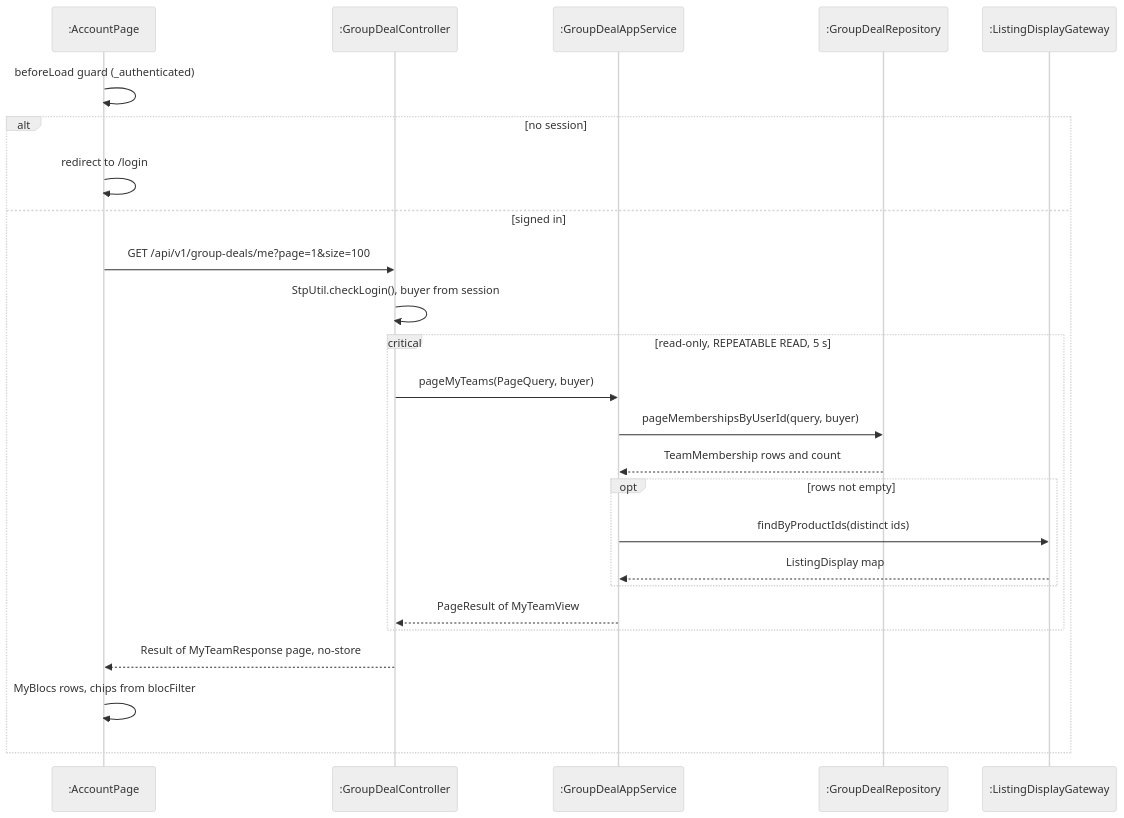
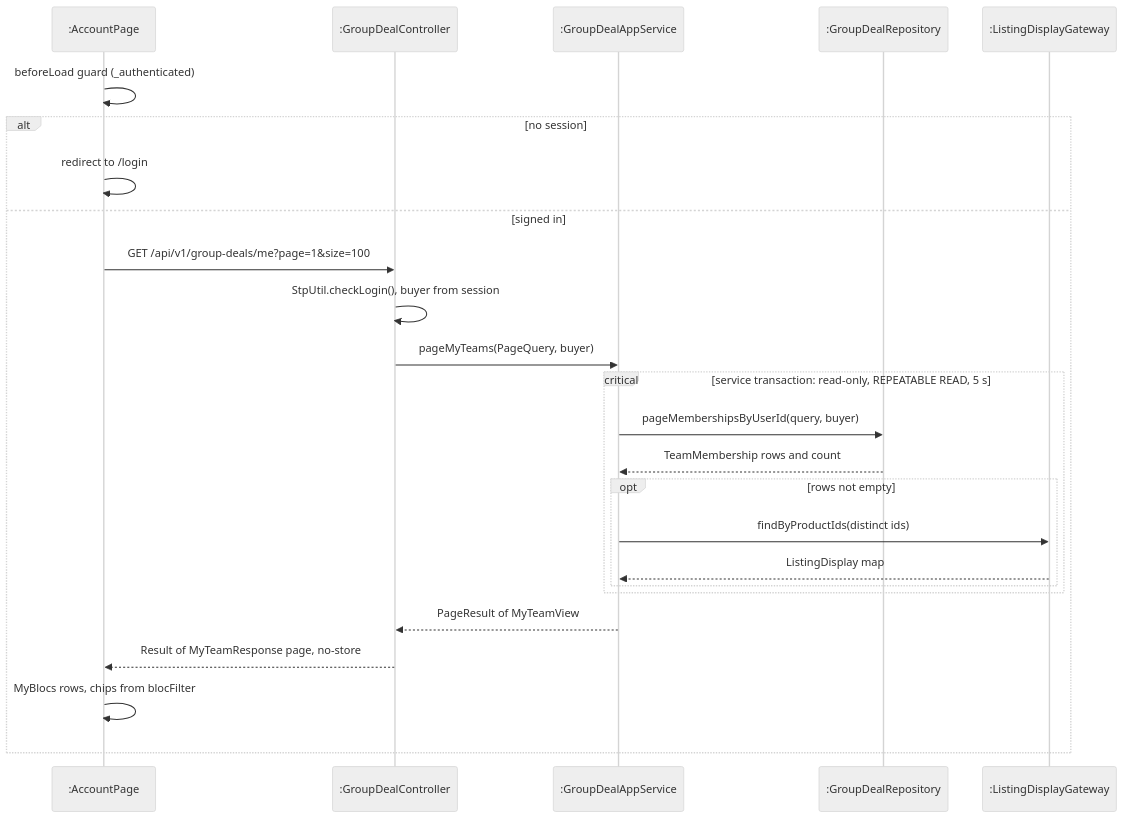
Before and after one commit to PPsyrius/iss-groupbuy-team8: diagram 14 of 19 in docs/swe5006/report/sections/03-4-4-lim.md, drawn with Mermaid (neutral theme). The commit also changed other lines of this file, not shown here.

Commit message:
docs(report): open the UC8 snapshot transaction in the service (#463)
Figure 3.93 drew the REPEATABLE READ critical fragment around the
controller's call. The transaction is declared on the service method,
@Transactional(readOnly = true, isolation = REPEATABLE_READ, timeout = 5)
on GroupDealAppServiceImpl.pageMyTeams
(GroupDealAppServiceImpl.java:43@6d14e449); the controller has none.

Evidence-skipped: sprint log entry is a separate commit at the end of this PR

````diff
--- a/docs/swe5006/report/sections/03-4-4-lim.md
+++ b/docs/swe5006/report/sections/03-4-4-lim.md
@@ -755,27 +755,27 @@
 ```mermaid
 sequenceDiagram
     participant R as :AccountPage
     participant C as :GroupDealController
     participant S as :GroupDealAppService
     participant D as :GroupDealRepository
     participant G as :ListingDisplayGateway
     R->>R: beforeLoad guard (_authenticated)
     alt no session
         R->>R: redirect to /login
     else signed in
         R->>C: GET /api/v1/group-deals/me?page=1&size=100
         C->>C: StpUtil.checkLogin(), buyer from session
-        critical read-only, REPEATABLE READ, 5 s
-            C->>S: pageMyTeams(PageQuery, buyer)
+        C->>S: pageMyTeams(PageQuery, buyer)
+        critical service transaction: read-only, REPEATABLE READ, 5 s
             S->>D: pageMembershipsByUserId(query, buyer)
             D-->>S: TeamMembership rows and count
             opt rows not empty
                 S->>G: findByProductIds(distinct ids)
                 G-->>S: ListingDisplay map
             end
-            S-->>C: PageResult of MyTeamView
         end
+        S-->>C: PageResult of MyTeamView
         C-->>R: Result of MyTeamResponse page, no-store
         R->>R: MyBlocs rows, chips from blocFilter
     end
 ```
````
